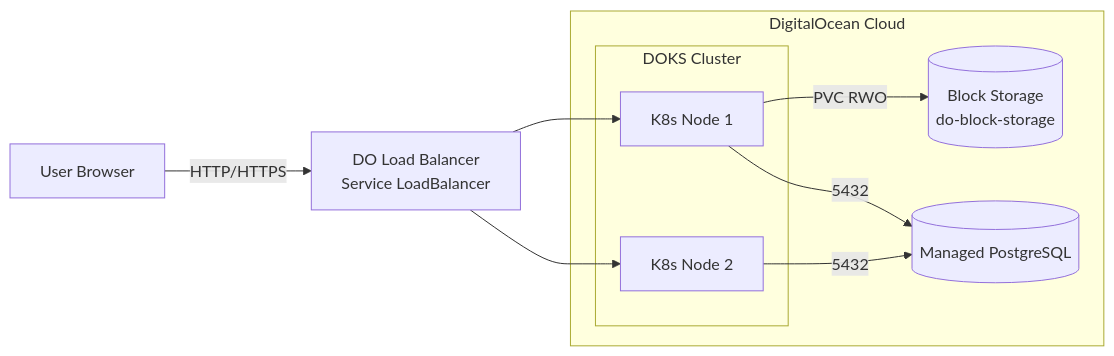
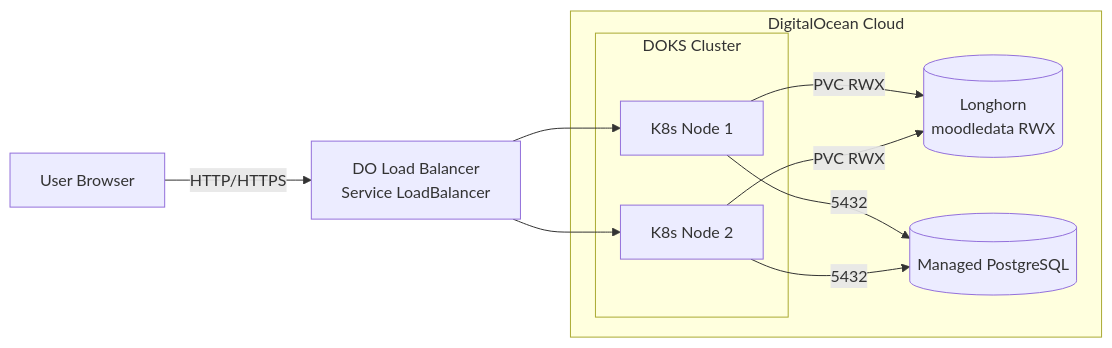
Before and after one commit to nguyendangcuong201004/moodle-k8s-infra: the second of 2 diagrams in README.md, drawn with Mermaid. The commit also changed other lines of this file and 4 other files, not shown here.

````diff
--- a/README.md
+++ b/README.md
@@ -196,21 +193,22 @@
 ```mermaid
 flowchart LR
   User[User Browser] -->|HTTP/HTTPS| DOLB[DO Load Balancer<br/>Service LoadBalancer]
 
   subgraph DO[DigitalOcean Cloud]
     subgraph DOKS[DOKS Cluster]
       Node1[K8s Node 1]
       Node2[K8s Node 2]
     end
-    DOBlock[(Block Storage<br/>do-block-storage)]
+    Longhorn[(Longhorn<br/>moodledata RWX)]
     DODB[(Managed PostgreSQL)]
   end
 
   DOLB --> Node1
   DOLB --> Node2
 
-  Node1 -->|PVC RWO| DOBlock
+  Node1 -->|PVC RWX| Longhorn
+  Node2 -->|PVC RWX| Longhorn
 
   Node1 -->|5432| DODB
   Node2 -->|5432| DODB
 ```
````
